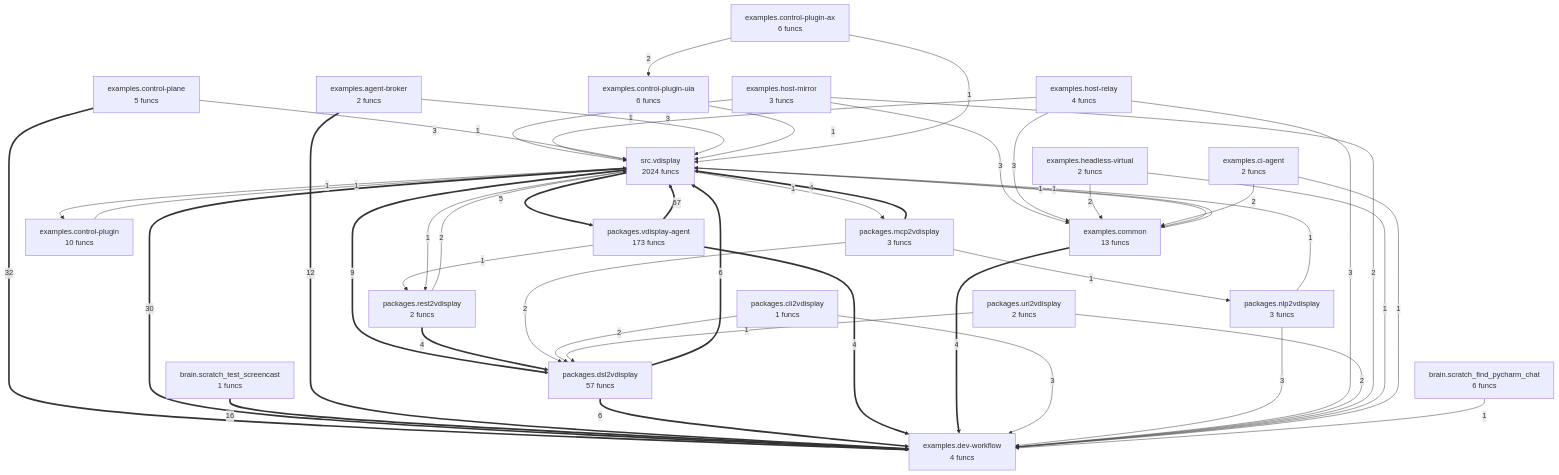
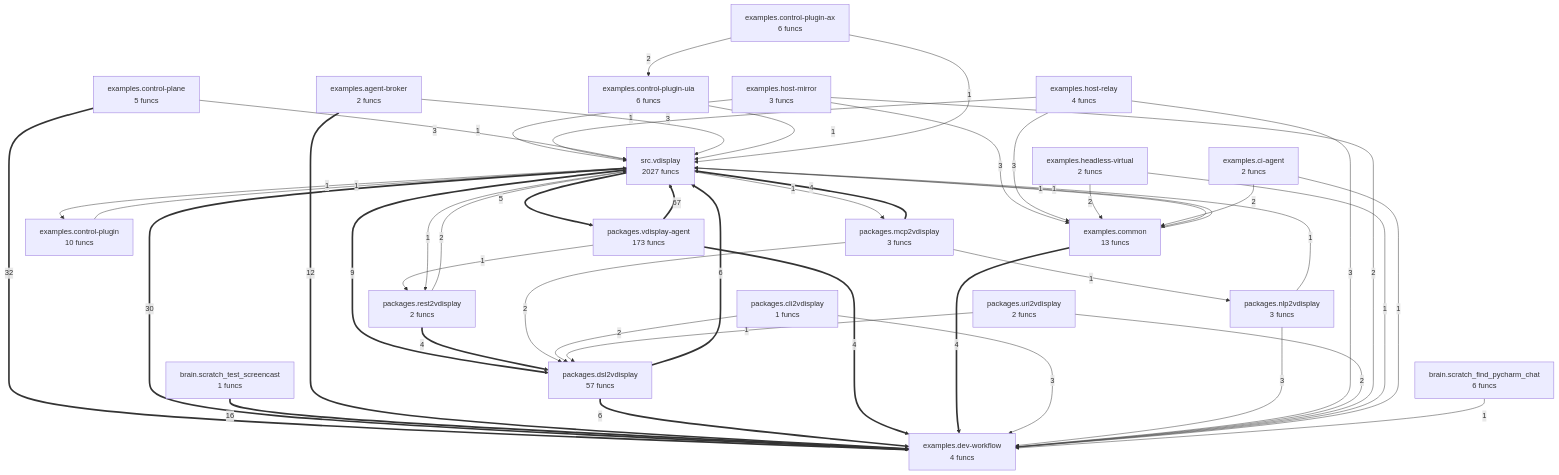
The diagram in project/compact_flow.mmd (wronai/vdisplay), drawn with Mermaid before and after one commit. The commit also changed 31 other files, not shown here.

```diff
--- a/project/compact_flow.mmd
+++ b/project/compact_flow.mmd
@@ -1,68 +1,68 @@
 flowchart TD
-%% generated in 0.17s
+%% generated in 0.11s
     brain__scratch_find_pycharm_chat["brain.scratch_find_pycharm_chat<br/>6 funcs"]
     brain__scratch_test_screencast["brain.scratch_test_screencast<br/>1 funcs"]
     examples__agent_broker["examples.agent-broker<br/>2 funcs"]
     examples__ci_agent["examples.ci-agent<br/>2 funcs"]
     examples__common["examples.common<br/>13 funcs"]
     examples__control_plane["examples.control-plane<br/>5 funcs"]
     examples__control_plugin["examples.control-plugin<br/>10 funcs"]
     examples__control_plugin_ax["examples.control-plugin-ax<br/>6 funcs"]
     examples__control_plugin_uia["examples.control-plugin-uia<br/>6 funcs"]
     examples__dev_workflow["examples.dev-workflow<br/>4 funcs"]
     examples__headless_virtual["examples.headless-virtual<br/>2 funcs"]
     examples__host_mirror["examples.host-mirror<br/>3 funcs"]
     examples__host_relay["examples.host-relay<br/>4 funcs"]
     packages__cli2vdisplay["packages.cli2vdisplay<br/>1 funcs"]
     packages__dsl2vdisplay["packages.dsl2vdisplay<br/>57 funcs"]
     packages__mcp2vdisplay["packages.mcp2vdisplay<br/>3 funcs"]
     packages__nlp2vdisplay["packages.nlp2vdisplay<br/>3 funcs"]
     packages__rest2vdisplay["packages.rest2vdisplay<br/>2 funcs"]
     packages__uri2vdisplay["packages.uri2vdisplay<br/>2 funcs"]
     packages__vdisplay_agent["packages.vdisplay-agent<br/>173 funcs"]
-    src__vdisplay["src.vdisplay<br/>2024 funcs"]
+    src__vdisplay["src.vdisplay<br/>2027 funcs"]
     packages__vdisplay_agent ==>|67| src__vdisplay
     examples__control_plane ==>|32| examples__dev_workflow
     src__vdisplay ==>|30| examples__dev_workflow
     brain__scratch_test_screencast ==>|16| examples__dev_workflow
     examples__agent_broker ==>|12| examples__dev_workflow
     src__vdisplay ==>|9| packages__dsl2vdisplay
     packages__dsl2vdisplay ==>|6| src__vdisplay
     packages__dsl2vdisplay ==>|6| examples__dev_workflow
     src__vdisplay ==>|5| packages__vdisplay_agent
     packages__mcp2vdisplay ==>|4| src__vdisplay
     packages__rest2vdisplay ==>|4| packages__dsl2vdisplay
     packages__vdisplay_agent ==>|4| examples__dev_workflow
     examples__common ==>|4| examples__dev_workflow
     packages__cli2vdisplay -->|3| examples__dev_workflow
     packages__nlp2vdisplay -->|3| examples__dev_workflow
     examples__host_mirror -->|3| src__vdisplay
     examples__host_mirror -->|3| examples__common
     examples__host_relay -->|3| src__vdisplay
     examples__host_relay -->|3| examples__common
     examples__host_relay -->|3| examples__dev_workflow
     packages__mcp2vdisplay -->|2| packages__dsl2vdisplay
     packages__cli2vdisplay -->|2| packages__dsl2vdisplay
     packages__uri2vdisplay -->|2| examples__dev_workflow
     packages__rest2vdisplay -->|2| src__vdisplay
     examples__host_mirror -->|2| examples__dev_workflow
     examples__headless_virtual -->|2| examples__common
     examples__ci_agent -->|2| examples__common
     examples__control_plugin_ax -->|2| examples__control_plugin_uia
     packages__mcp2vdisplay -->|1| packages__nlp2vdisplay
     packages__uri2vdisplay -->|1| packages__dsl2vdisplay
     packages__nlp2vdisplay -->|1| src__vdisplay
     packages__vdisplay_agent -->|1| packages__rest2vdisplay
     examples__control_plugin -->|1| src__vdisplay
     examples__headless_virtual -->|1| examples__dev_workflow
     examples__ci_agent -->|1| examples__dev_workflow
     examples__control_plane -->|1| src__vdisplay
     examples__agent_broker -->|1| src__vdisplay
     examples__control_plugin_uia -->|1| src__vdisplay
     examples__common -->|1| src__vdisplay
     examples__control_plugin_ax -->|1| src__vdisplay
     src__vdisplay -->|1| packages__rest2vdisplay
     src__vdisplay -->|1| examples__common
     src__vdisplay -->|1| examples__control_plugin
     src__vdisplay -->|1| packages__mcp2vdisplay
     brain__scratch_find_pycharm_chat -->|1| examples__dev_workflow
```
